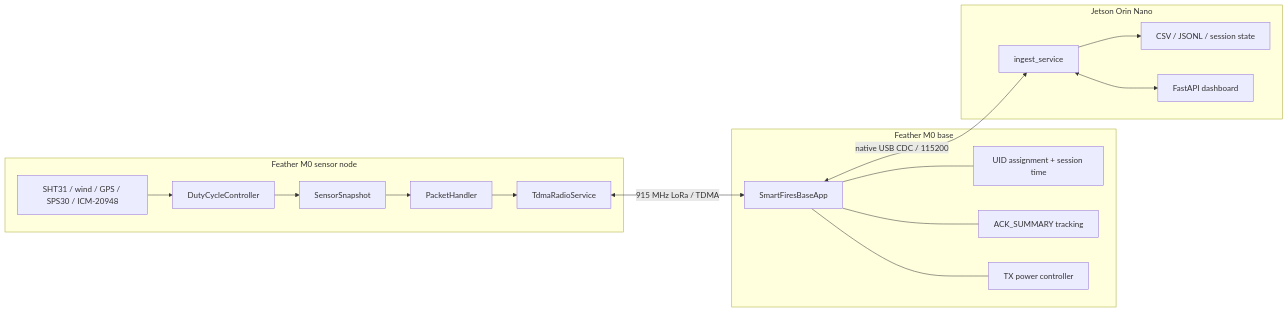
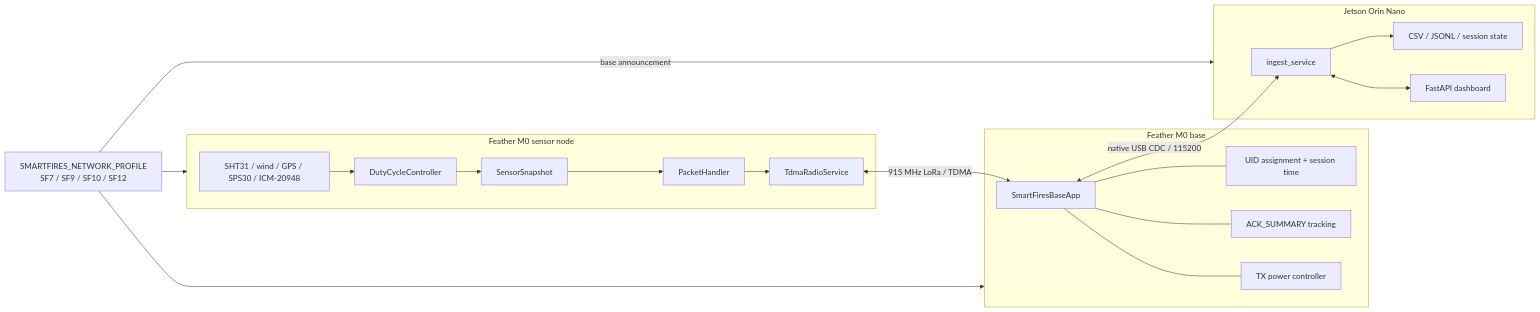
One commit to KylesCorner/SmartFires_IoT changed the first of 4 diagrams in documentation/SOFTWARE_DESIGN_DIAGRAM.md. Above: the diagram before and after it, drawn with Mermaid. The commit also changed other lines of this file and 57 other files, not shown here.

````diff
--- a/documentation/SOFTWARE_DESIGN_DIAGRAM.md
+++ b/documentation/SOFTWARE_DESIGN_DIAGRAM.md
@@ -17,32 +17,36 @@
 ```mermaid
 flowchart LR
+    Profile[SMARTFIRES_NETWORK_PROFILE\nSF7 / SF9 / SF10 / SF12]
     subgraph Node[Feather M0 sensor node]
         Sensors[SHT31 / wind / GPS / SPS30 / ICM-20948]
         Duty[DutyCycleController]
         Snapshot[SensorSnapshot]
         Packets[PacketHandler]
         Tdma[TdmaRadioService]
         Sensors --> Duty --> Snapshot --> Packets --> Tdma
     end
 
     subgraph Base[Feather M0 base]
         BaseApp[SmartFiresBaseApp]
         Assign[UID assignment + session time]
         Ack[ACK_SUMMARY tracking]
         Power[TX power controller]
         BaseApp --- Assign
         BaseApp --- Ack
         BaseApp --- Power
     end
 
     subgraph Jetson[Jetson Orin Nano]
         Ingest[ingest_service]
         Store[CSV / JSONL / session state]
         Web[FastAPI dashboard]
         Ingest --> Store
         Ingest <--> Web
     end
 
     Tdma <-->|915 MHz LoRa / TDMA| BaseApp
     BaseApp <-->|native USB CDC / 115200| Ingest
+    Profile --> Node
+    Profile --> Base
+    Profile -->|base announcement| Jetson
 ```
````
